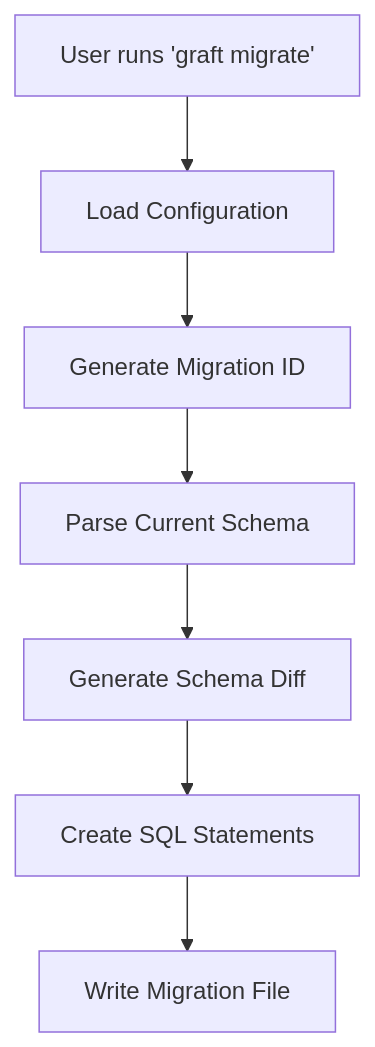
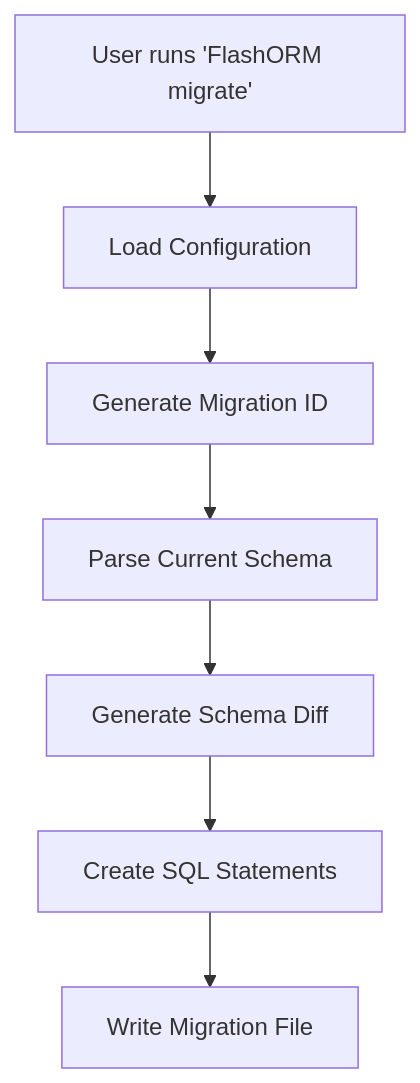
One commit to rosab0506/flash changed the first of 2 diagrams in docs/HOW_IT_WORKS.md. Above: the diagram before and after it, drawn with Mermaid. The commit also changed other lines of this file and 80 other files, not shown here.

Commit message:
change the name Graft to FlashORM

````diff
--- a/docs/HOW_IT_WORKS.md
+++ b/docs/HOW_IT_WORKS.md
@@ -259,9 +259,9 @@
 ```mermaid
 graph TD
-    A[User runs 'graft migrate'] --> B[Load Configuration]
+    A[User runs 'FlashORM migrate'] --> B[Load Configuration]
     B --> C[Generate Migration ID]
     C --> D[Parse Current Schema]
     D --> E[Generate Schema Diff]
     E --> F[Create SQL Statements]
     F --> G[Write Migration File]
 ```
````
